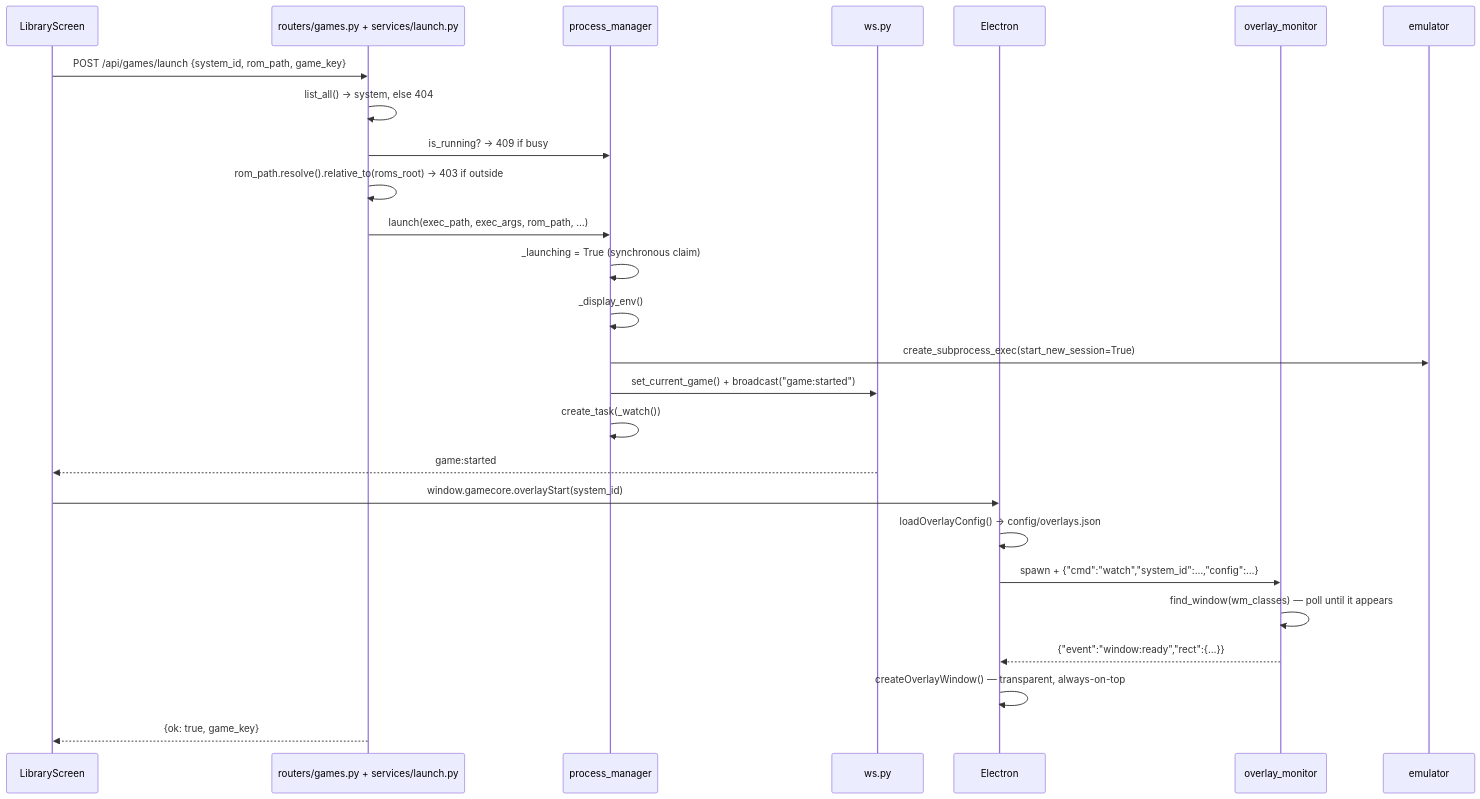
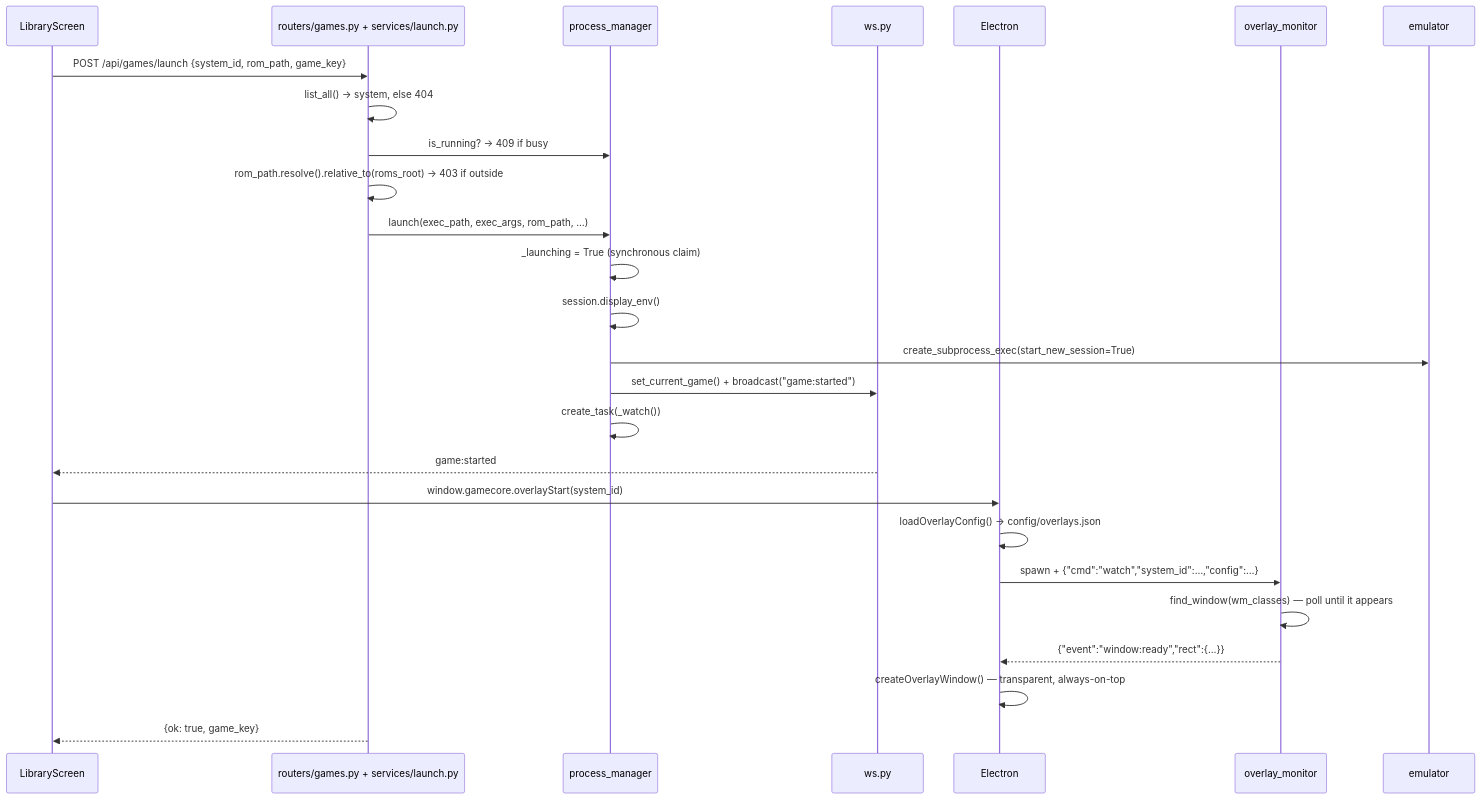
Before and after one commit to p4v1c/GamecoreRenew: the first of 8 diagrams in docs/architecture/02-request-flows.md, drawn with Mermaid. The commit also changed 14 other files, not shown here.

````diff
--- a/docs/architecture/02-request-flows.md
+++ b/docs/architecture/02-request-flows.md
@@ -7,29 +7,29 @@
 ```mermaid
 sequenceDiagram
     participant ui as LibraryScreen
     participant r as routers/games.py + services/launch.py
     participant pm as process_manager
     participant ws as ws.py
     participant el as Electron
     participant mon as overlay_monitor
     participant emu as emulator
 
     ui->>r: POST /api/games/launch {system_id, rom_path, game_key}
     r->>r: list_all() → system, else 404
     r->>pm: is_running? → 409 if busy
     r->>r: rom_path.resolve().relative_to(roms_root) → 403 if outside
     r->>pm: launch(exec_path, exec_args, rom_path, …)
     pm->>pm: _launching = True (synchronous claim)
-    pm->>pm: _display_env()
+    pm->>pm: session.display_env()
     pm->>emu: create_subprocess_exec(start_new_session=True)
     pm->>ws: set_current_game() + broadcast("game:started")
     pm->>pm: create_task(_watch())
     ws-->>ui: game:started
     ui->>el: window.gamecore.overlayStart(system_id)
     el->>el: loadOverlayConfig() → config/overlays.json
     el->>mon: spawn + {"cmd":"watch","system_id":…,"config":…}
     mon->>mon: find_window(wm_classes) — poll until it appears
     mon-->>el: {"event":"window:ready","rect":{…}}
     el->>el: createOverlayWindow() — transparent, always-on-top
     r-->>ui: {ok: true, game_key}
 ```
````
